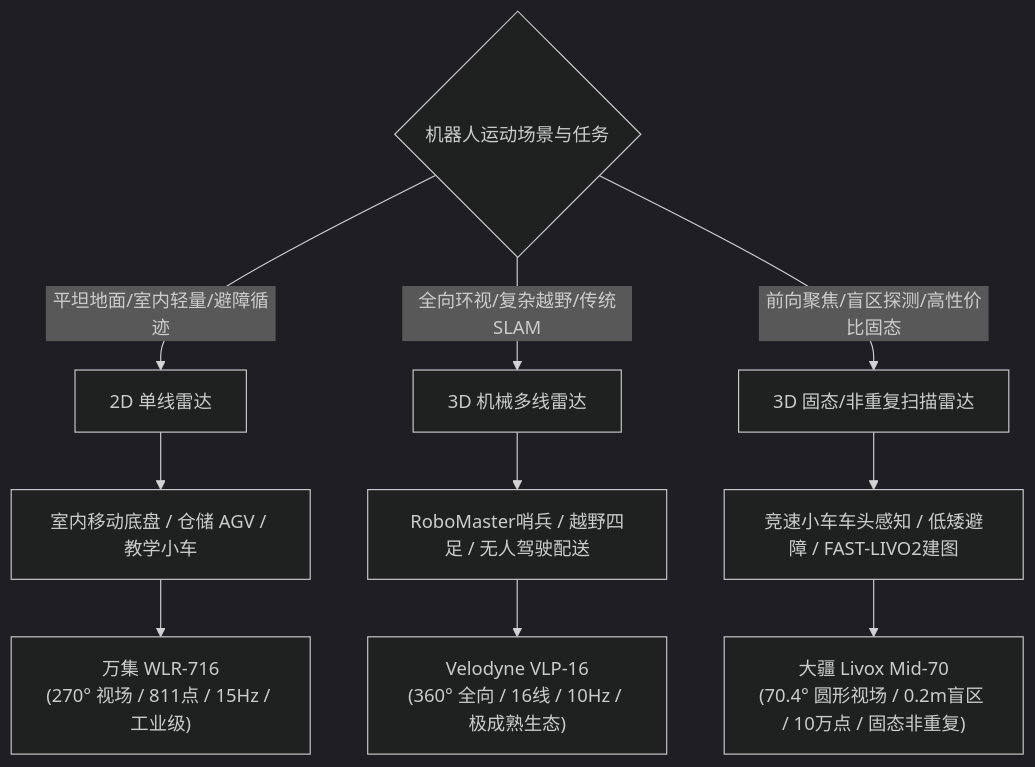
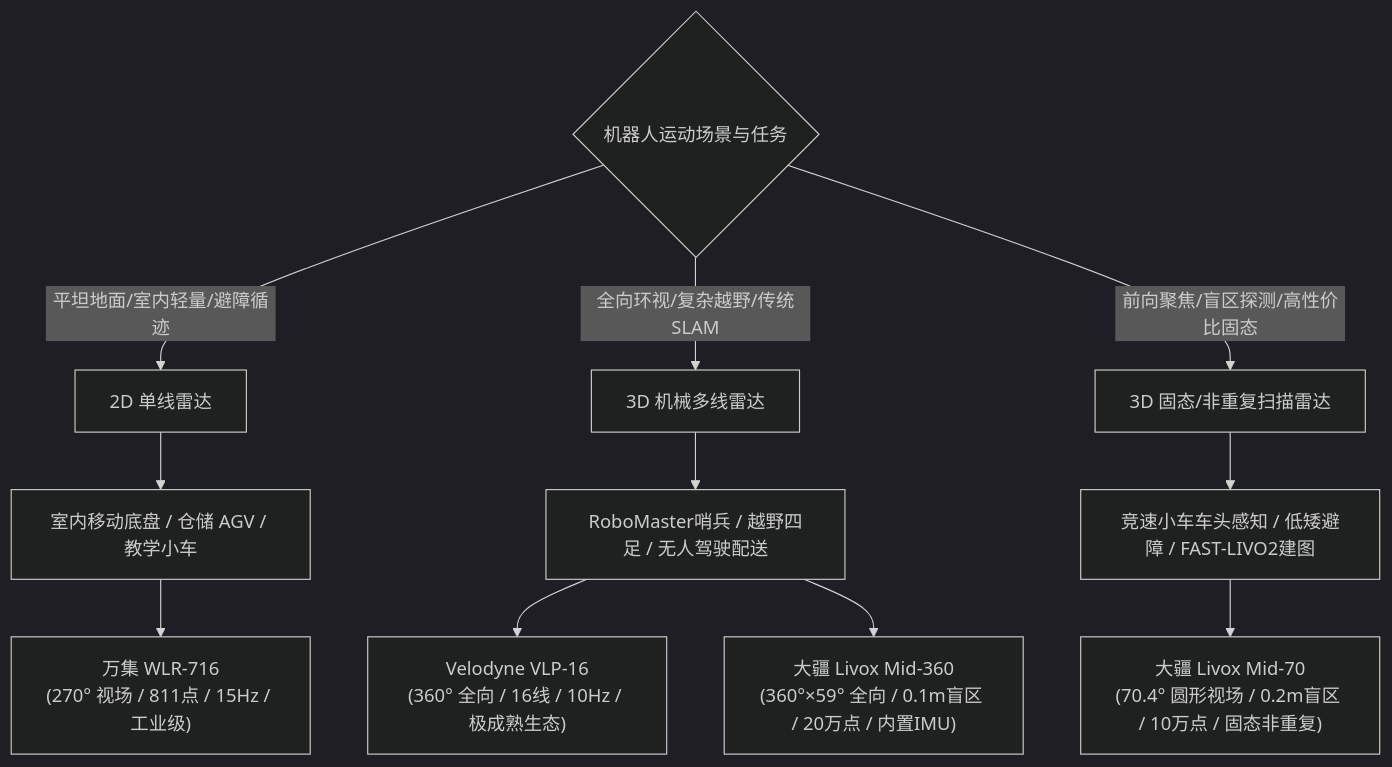
The first of 2 diagrams in NOTES/radar档案/00_Radar档案_选型矩阵与传感器通用排错指南.md (WGK1005/obsidian-notes), drawn with Mermaid (dark theme) before and after one commit. The commit also changed other lines of this file and 3 other files, not shown here.

````diff
--- a/NOTES/radar档案/00_Radar档案_选型矩阵与传感器通用排错指南.md
+++ b/NOTES/radar档案/00_Radar档案_选型矩阵与传感器通用排错指南.md
@@ -29,14 +29,15 @@
 ```mermaid
 flowchart TD
     Task{机器人运动场景与任务} -->|平坦地面/室内轻量/避障循迹| D2[2D 单线雷达]
     Task -->|全向环视/复杂越野/传统SLAM| D3[3D 机械多线雷达]
     Task -->|前向聚焦/盲区探测/高性价比固态| DS[3D 固态/非重复扫描雷达]
 
     D2 --> AGV[室内移动底盘 / 仓储 AGV / 教学小车]
     D3 --> RM[RoboMaster哨兵 / 越野四足 / 无人驾驶配送]
     DS --> UGV[竞速小车车头感知 / 低矮避障 / FAST-LIVO2建图]
 
     AGV --> WLR["万集 WLR-716<br/>(270° 视场 / 811点 / 15Hz / 工业级)"]
     RM --> VLP["Velodyne VLP-16<br/>(360° 全向 / 16线 / 10Hz / 极成熟生态)"]
     UGV --> MID70["大疆 Livox Mid-70<br/>(70.4° 圆形视场 / 0.2m盲区 / 10万点 / 固态非重复)"]
+    RM --> MID360["大疆 Livox Mid-360<br/>(360°×59° 全向 / 0.1m盲区 / 20万点 / 内置IMU)"]
 ```
````
